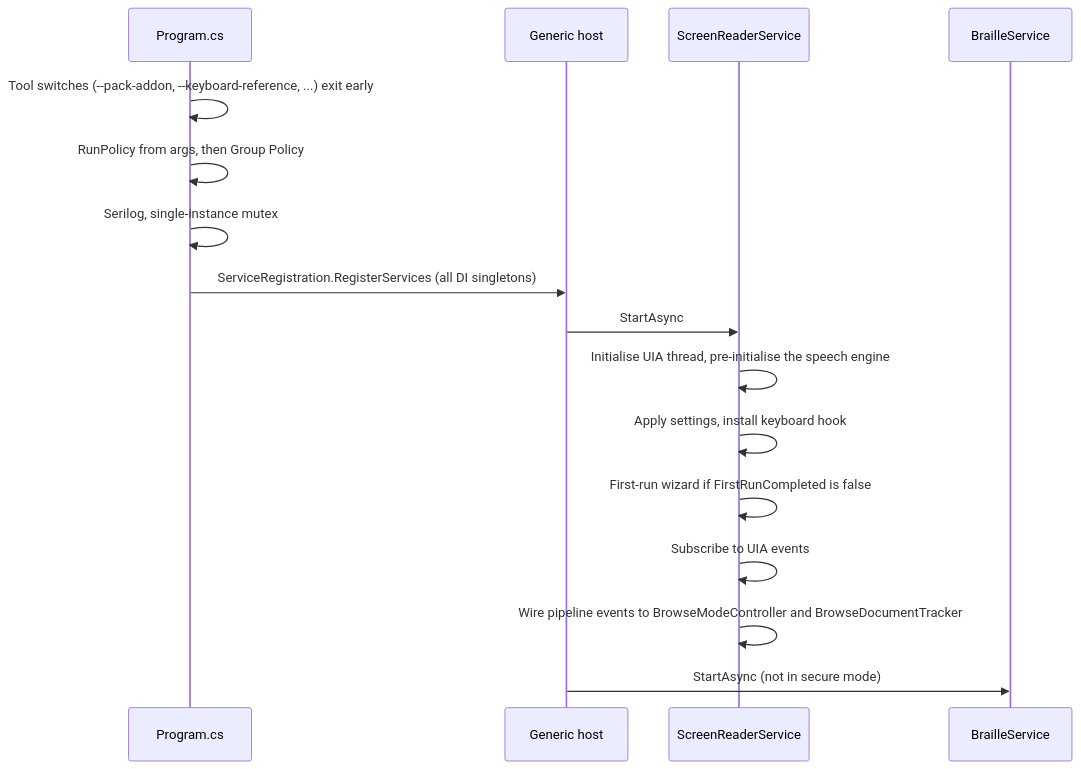
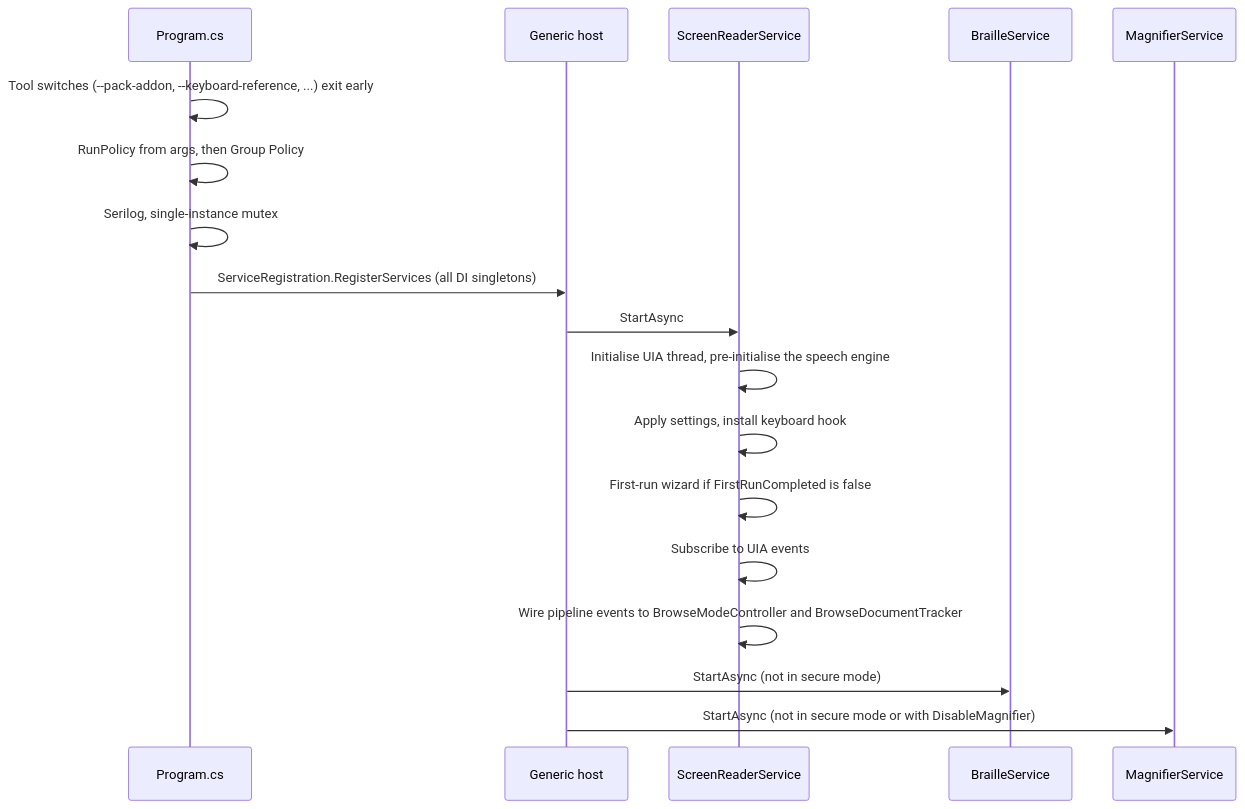
The third of 3 diagrams in docs/technical/overview.md (ChrisBrooksbank/Vox), drawn with Mermaid before and after one commit. The commit also changed other lines of this file and 47 other files, not shown here.

````diff
--- a/docs/technical/overview.md
+++ b/docs/technical/overview.md
@@ -89,18 +89,20 @@
 ```mermaid
 sequenceDiagram
     participant P as Program.cs
     participant H as Generic host
     participant S as ScreenReaderService
     participant B as BrailleService
+    participant M as MagnifierService
     P->>P: Tool switches (--pack-addon, --keyboard-reference, ...) exit early
     P->>P: RunPolicy from args, then Group Policy
     P->>P: Serilog, single-instance mutex
     P->>H: ServiceRegistration.RegisterServices (all DI singletons)
     H->>S: StartAsync
     S->>S: Initialise UIA thread, pre-initialise the speech engine
     S->>S: Apply settings, install keyboard hook
     S->>S: First-run wizard if FirstRunCompleted is false
     S->>S: Subscribe to UIA events
     S->>S: Wire pipeline events to BrowseModeController and BrowseDocumentTracker
     H->>B: StartAsync (not in secure mode)
+    H->>M: StartAsync (not in secure mode or with DisableMagnifier)
 ```
````
